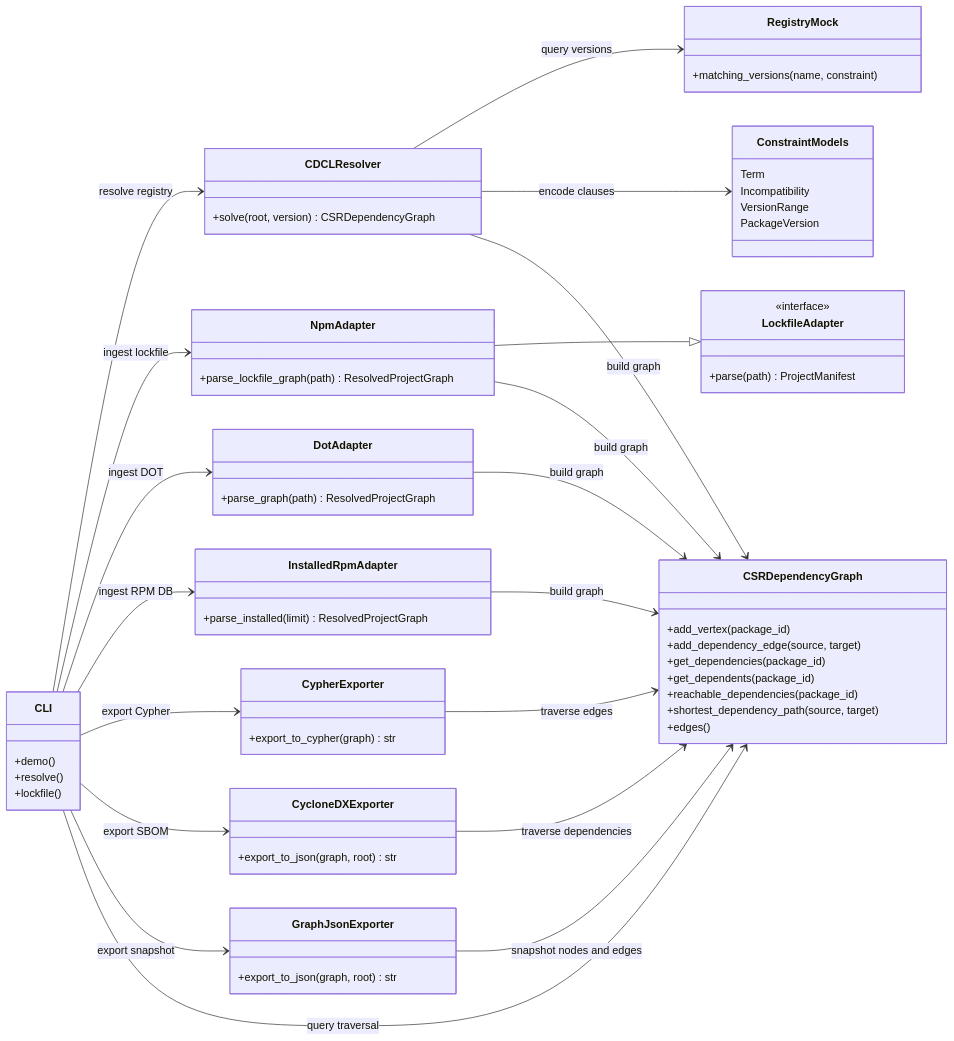
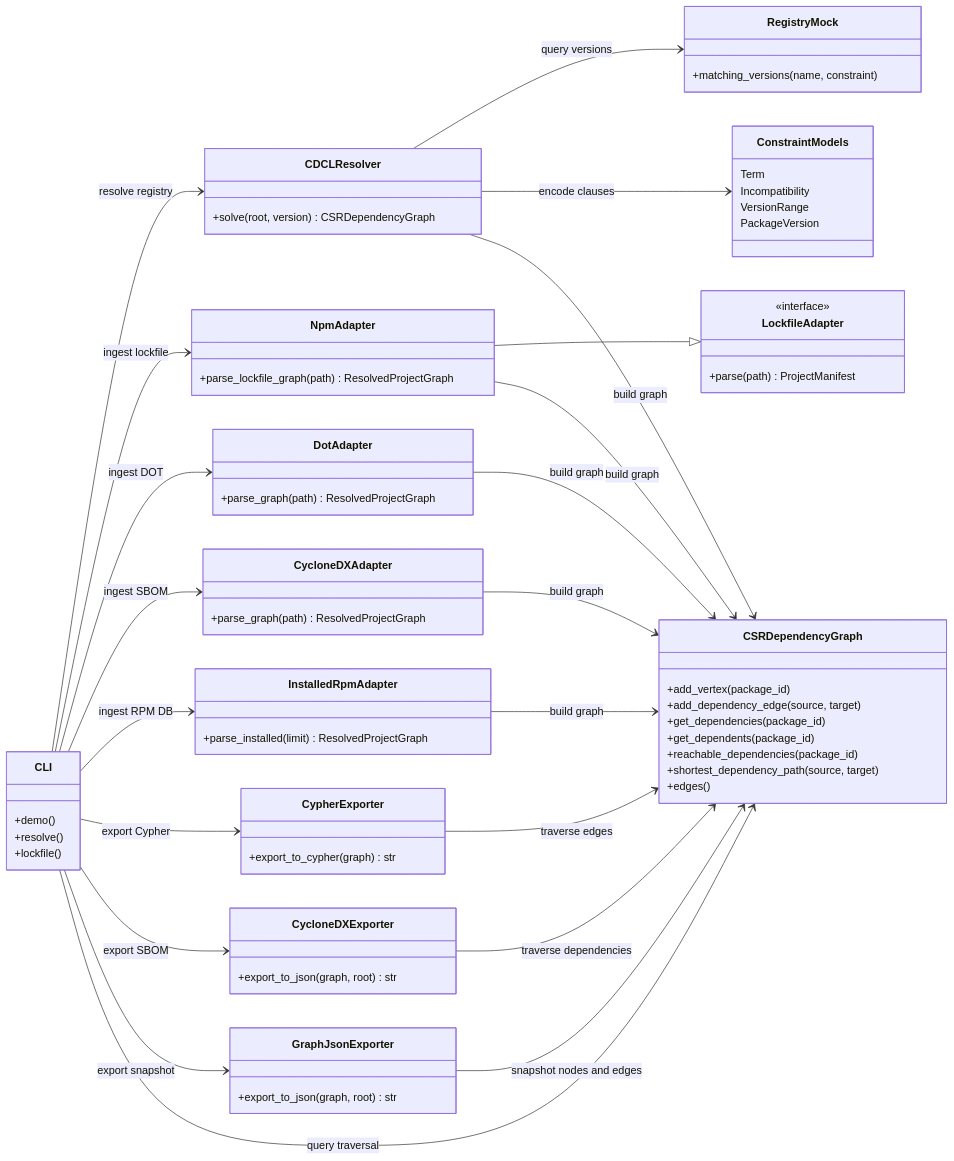
The first of 2 diagrams in README.md (xsub/EnterpriseLinux-SoftwareSupplyChain), drawn with Mermaid before and after one commit. The commit also changed other lines of this file and 8 other files, not shown here.

Commit message:
Add CycloneDX SBOM ingestion

````diff
--- a/README.md
+++ b/README.md
@@ -84,70 +91,75 @@
 ```mermaid
 classDiagram
 direction LR
 class CLI {
   +demo()
   +resolve()
   +lockfile()
 }
 class LockfileAdapter {
   <<interface>>
   +parse(path) ProjectManifest
 }
 class NpmAdapter {
   +parse_lockfile_graph(path) ResolvedProjectGraph
 }
 class DotAdapter {
+  +parse_graph(path) ResolvedProjectGraph
+}
+class CycloneDXAdapter {
   +parse_graph(path) ResolvedProjectGraph
 }
 class InstalledRpmAdapter {
   +parse_installed(limit) ResolvedProjectGraph
 }
 class RegistryMock {
   +matching_versions(name, constraint)
 }
 class CDCLResolver {
   +solve(root, version) CSRDependencyGraph
 }
 class CSRDependencyGraph {
   +add_vertex(package_id)
   +add_dependency_edge(source, target)
   +get_dependencies(package_id)
   +get_dependents(package_id)
   +reachable_dependencies(package_id)
   +shortest_dependency_path(source, target)
   +edges()
 }
 class CypherExporter {
   +export_to_cypher(graph) str
 }
 class CycloneDXExporter {
   +export_to_json(graph, root) str
 }
 class GraphJsonExporter {
   +export_to_json(graph, root) str
 }
 class ConstraintModels {
   Term
   Incompatibility
   VersionRange
   PackageVersion
 }
 CLI --> CDCLResolver : resolve registry
 CLI --> NpmAdapter : ingest lockfile
 CLI --> DotAdapter : ingest DOT
+CLI --> CycloneDXAdapter : ingest SBOM
 CLI --> InstalledRpmAdapter : ingest RPM DB
 NpmAdapter --|> LockfileAdapter
 CDCLResolver --> RegistryMock : query versions
 CDCLResolver --> ConstraintModels : encode clauses
 CDCLResolver --> CSRDependencyGraph : build graph
 NpmAdapter --> CSRDependencyGraph : build graph
 DotAdapter --> CSRDependencyGraph : build graph
+CycloneDXAdapter --> CSRDependencyGraph : build graph
 InstalledRpmAdapter --> CSRDependencyGraph : build graph
 CLI --> CypherExporter : export Cypher
 CLI --> CycloneDXExporter : export SBOM
 CLI --> GraphJsonExporter : export snapshot
 CLI --> CSRDependencyGraph : query traversal
 CypherExporter --> CSRDependencyGraph : traverse edges
 CycloneDXExporter --> CSRDependencyGraph : traverse dependencies
 GraphJsonExporter --> CSRDependencyGraph : snapshot nodes and edges
 ```
````
